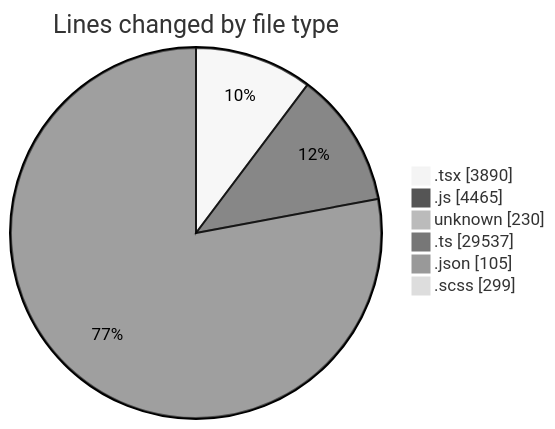
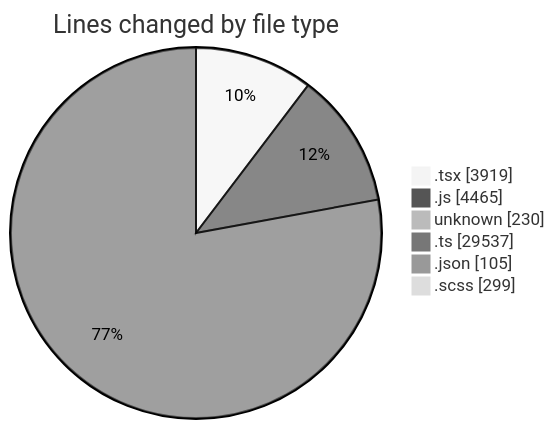
One commit to momahboobian/code-tracking changed the first of 2 diagrams in 2026-05-06/cda/README.md. Above: the diagram before and after it, drawn with Mermaid (neutral theme). The commit also changed other lines of this file and 1 other file, not shown here.

````diff
--- a/2026-05-06/cda/README.md
+++ b/2026-05-06/cda/README.md
@@ -89,10 +90,10 @@
 ```mermaid
 pie showData
 title Lines changed by file type
-".tsx" : 3890
+".tsx" : 3919
 ".js" : 4465
 "unknown" : 230
 ".ts" : 29537
 ".json" : 105
 ".scss" : 299
 ```
````
